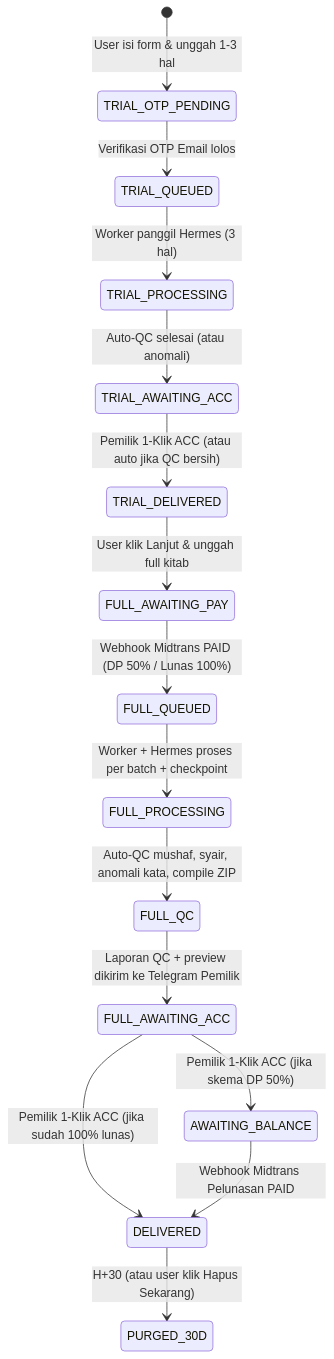
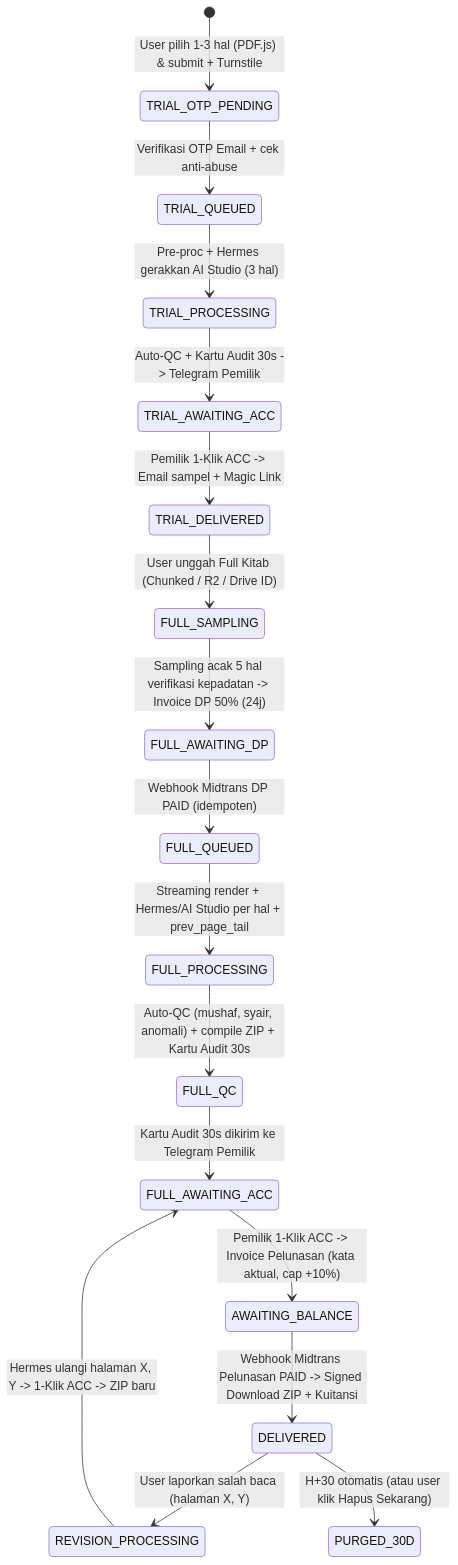
One commit to raflihusen/openturath-ai changed the second of 2 diagrams in website/manuskrip/PLAN.md. Above: the diagram before and after it, drawn with Mermaid. The commit also changed other lines of this file, not shown here.

Commit message:
docs(manuskrip): perbarui PLAN.md ke v2.0 (Hermes -> AI Studio Paid Tier + solusi 12 blind spot)

````diff
--- a/website/manuskrip/PLAN.md
+++ b/website/manuskrip/PLAN.md
@@ -101,17 +114,19 @@
 ```mermaid
 stateDiagram-v2
-    [*] --> TRIAL_OTP_PENDING: User isi form & unggah 1-3 hal
-    TRIAL_OTP_PENDING --> TRIAL_QUEUED: Verifikasi OTP Email lolos
-    TRIAL_QUEUED --> TRIAL_PROCESSING: Worker panggil Hermes (3 hal)
-    TRIAL_PROCESSING --> TRIAL_AWAITING_ACC: Auto-QC selesai (atau anomali)
-    TRIAL_AWAITING_ACC --> TRIAL_DELIVERED: Pemilik 1-Klik ACC (atau auto jika QC bersih)
-    TRIAL_DELIVERED --> FULL_AWAITING_PAY: User klik Lanjut & unggah full kitab
-    FULL_AWAITING_PAY --> FULL_QUEUED: Webhook Midtrans PAID (DP 50% / Lunas 100%)
-    FULL_QUEUED --> FULL_PROCESSING: Worker + Hermes proses per batch + checkpoint
-    FULL_PROCESSING --> FULL_QC: Auto-QC mushaf, syair, anomali kata, compile ZIP
-    FULL_QC --> FULL_AWAITING_ACC: Laporan QC + preview dikirim ke Telegram Pemilik
-    FULL_AWAITING_ACC --> AWAITING_BALANCE: Pemilik 1-Klik ACC (jika skema DP 50%)
-    FULL_AWAITING_ACC --> DELIVERED: Pemilik 1-Klik ACC (jika sudah 100% lunas)
-    AWAITING_BALANCE --> DELIVERED: Webhook Midtrans Pelunasan PAID
-    DELIVERED --> PURGED_30D: H+30 (atau user klik Hapus Sekarang)
+    [*] --> TRIAL_OTP_PENDING: User pilih 1-3 hal (PDF.js) & submit + Turnstile
+    TRIAL_OTP_PENDING --> TRIAL_QUEUED: Verifikasi OTP Email + cek anti-abuse
+    TRIAL_QUEUED --> TRIAL_PROCESSING: Pre-proc + Hermes gerakkan AI Studio (3 hal)
+    TRIAL_PROCESSING --> TRIAL_AWAITING_ACC: Auto-QC + Kartu Audit 30s -> Telegram Pemilik
+    TRIAL_AWAITING_ACC --> TRIAL_DELIVERED: Pemilik 1-Klik ACC -> Email sampel + Magic Link
+    TRIAL_DELIVERED --> FULL_SAMPLING: User unggah Full Kitab (Chunked / R2 / Drive ID)
+    FULL_SAMPLING --> FULL_AWAITING_DP: Sampling acak 5 hal verifikasi kepadatan -> Invoice DP 50% (24j)
+    FULL_AWAITING_DP --> FULL_QUEUED: Webhook Midtrans DP PAID (idempoten)
+    FULL_QUEUED --> FULL_PROCESSING: Streaming render + Hermes/AI Studio per hal + prev_page_tail
+    FULL_PROCESSING --> FULL_QC: Auto-QC (mushaf, syair, anomali) + compile ZIP + Kartu Audit 30s
+    FULL_QC --> FULL_AWAITING_ACC: Kartu Audit 30s dikirim ke Telegram Pemilik
+    FULL_AWAITING_ACC --> AWAITING_BALANCE: Pemilik 1-Klik ACC -> Invoice Pelunasan (kata aktual, cap +10%)
+    AWAITING_BALANCE --> DELIVERED: Webhook Midtrans Pelunasan PAID -> Signed Download ZIP + Kuitansi
+    DELIVERED --> REVISION_PROCESSING: User laporkan salah baca (halaman X, Y)
+    REVISION_PROCESSING --> FULL_AWAITING_ACC: Hermes ulangi halaman X, Y -> 1-Klik ACC -> ZIP baru
+    DELIVERED --> PURGED_30D: H+30 otomatis (atau user klik Hapus Sekarang)
 ```
````
